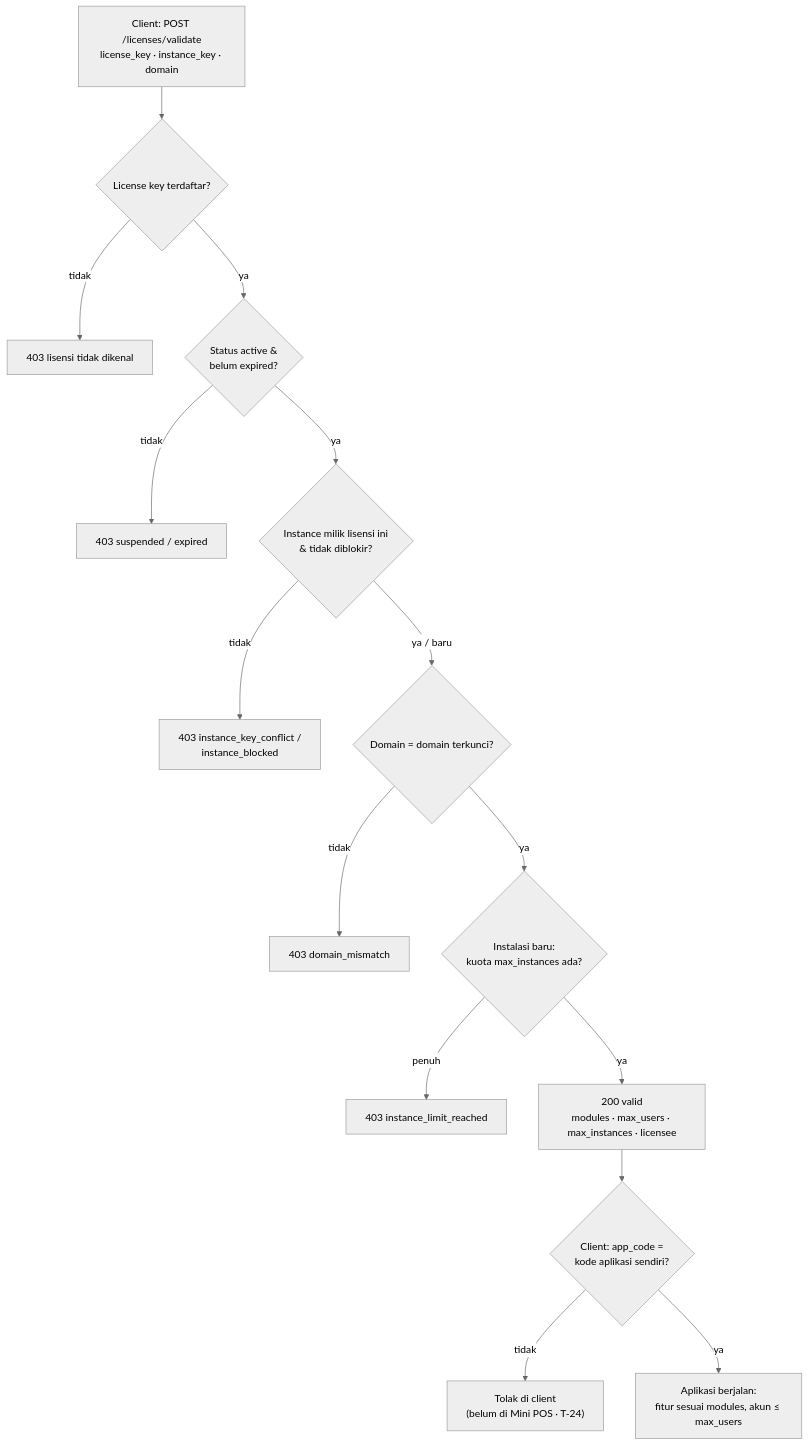
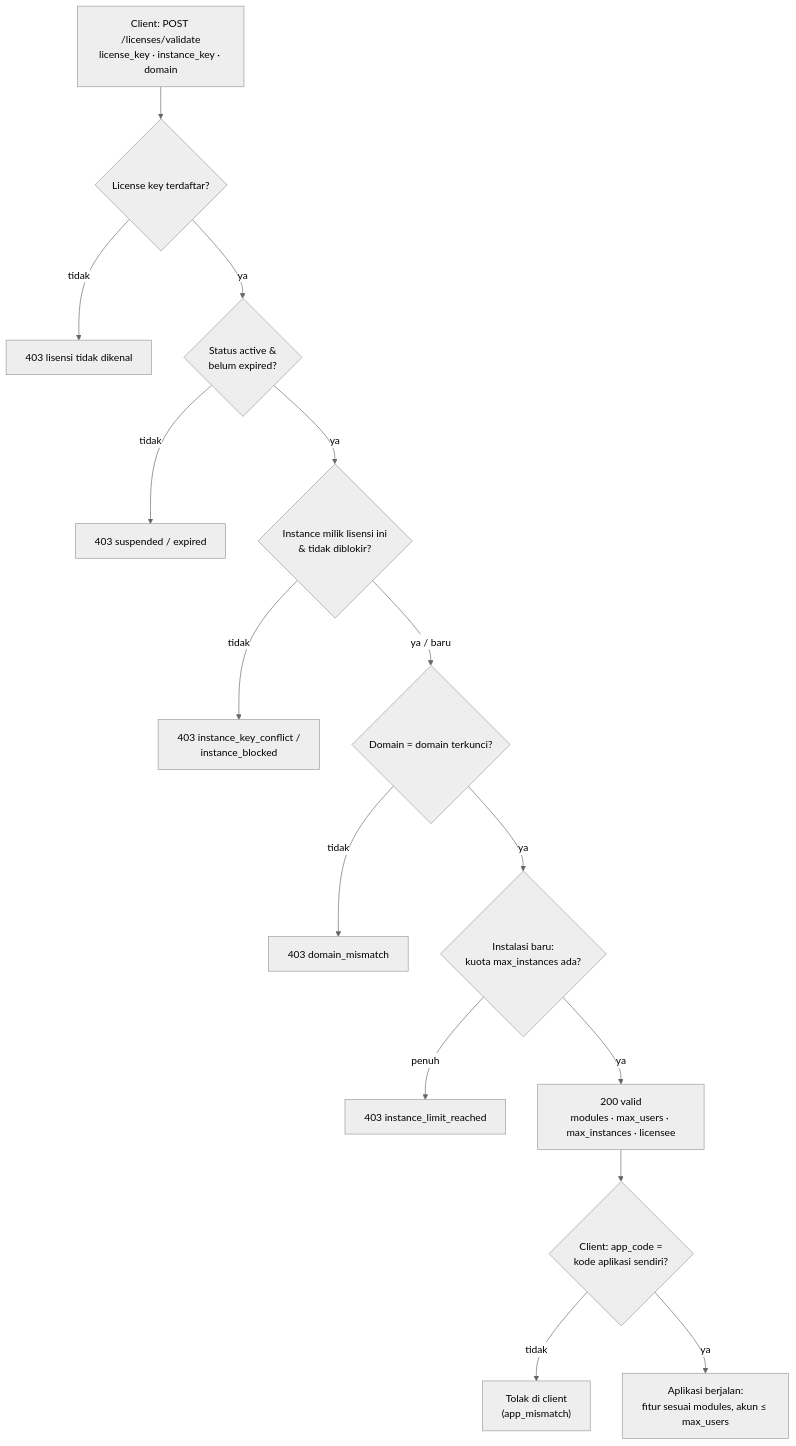
Before and after one commit to joan-hidayat/LMD: the seventh of 7 diagrams in docs/EKOSISTEM_CARA_KERJA.md, drawn with Mermaid (neutral theme). The commit also changed other lines of this file and 11 other files, not shown here.

````diff
--- a/docs/EKOSISTEM_CARA_KERJA.md
+++ b/docs/EKOSISTEM_CARA_KERJA.md
@@ -241,17 +243,17 @@
 ```mermaid
 flowchart TD
     V["Client: POST /licenses/validate<br>license_key · instance_key · domain"] --> Q1{"License key terdaftar?"}
     Q1 -- tidak --> X1["403 lisensi tidak dikenal"]
     Q1 -- ya --> Q2{"Status active &<br>belum expired?"}
     Q2 -- tidak --> X2["403 suspended / expired"]
     Q2 -- ya --> Q3{"Instance milik lisensi ini<br>& tidak diblokir?"}
     Q3 -- tidak --> X3["403 instance_key_conflict /<br>instance_blocked"]
     Q3 -- ya / baru --> Q4{"Domain = domain terkunci?"}
     Q4 -- tidak --> X4["403 domain_mismatch"]
     Q4 -- ya --> Q5{"Instalasi baru:<br>kuota max_instances ada?"}
     Q5 -- penuh --> X5["403 instance_limit_reached"]
     Q5 -- ya --> OK["200 valid<br>modules · max_users · max_instances · licensee"]
     OK --> Q6{"Client: app_code =<br>kode aplikasi sendiri?"}
-    Q6 -- tidak --> X6["Tolak di client<br>(belum di Mini POS · T-24)"]
+    Q6 -- tidak --> X6["Tolak di client<br>(app_mismatch)"]
     Q6 -- ya --> RUN["Aplikasi berjalan:<br>fitur sesuai modules, akun ≤ max_users"]
 ```
````
